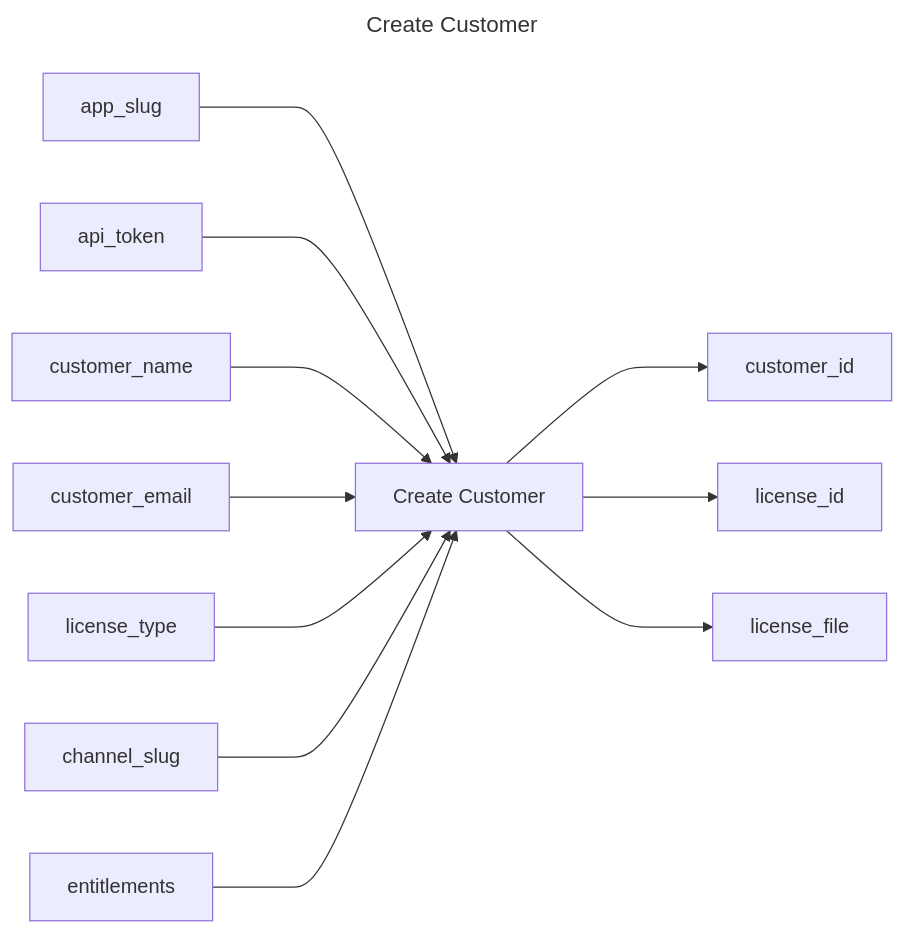
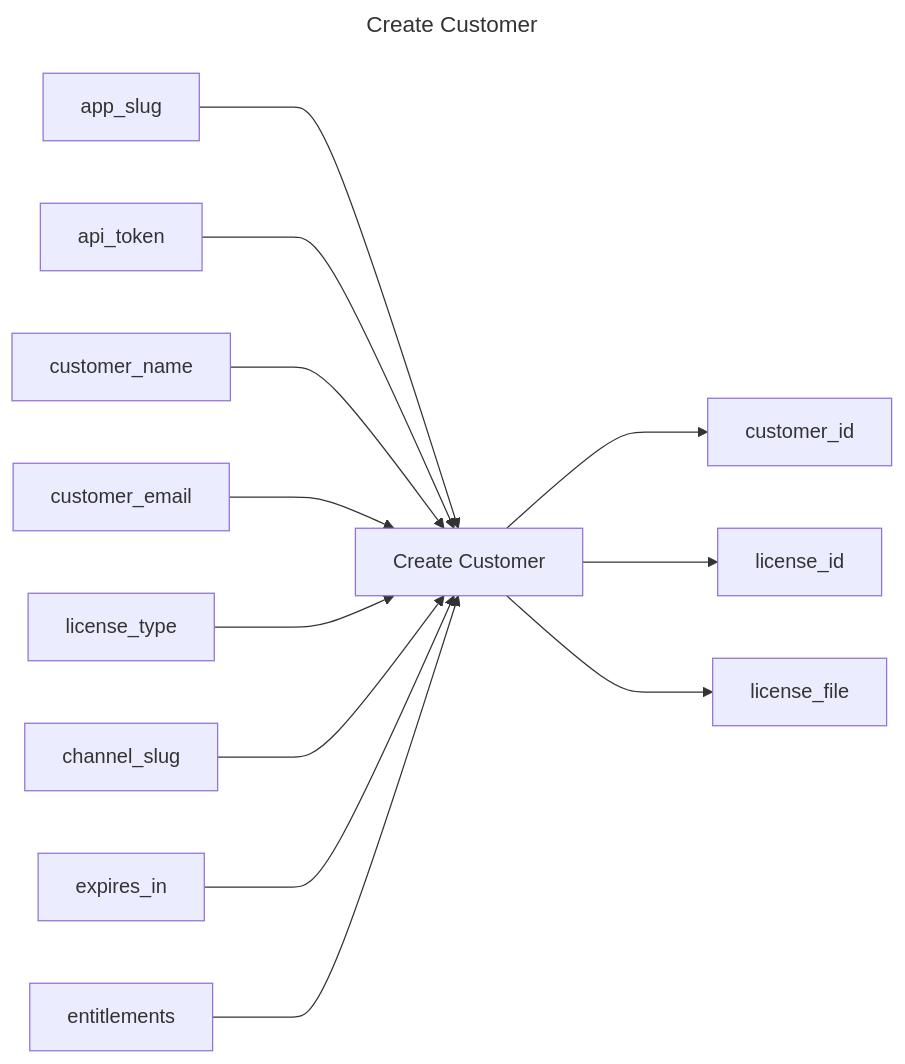
Before and after one commit to replicatedhq/replicated-actions: the diagram in create-customer/README.md, drawn with Mermaid. The commit also changed other lines of this file and 46 other files, not shown here.

Commit message:
Adding expires-in for create-customer

````diff
--- a/create-customer/README.md
+++ b/create-customer/README.md
@@ -3,17 +3,18 @@
 ```mermaid
 ---
 title: Create Customer
 ---
 graph LR
 create_customer["Create Customer"]
 app_slug ---> create_customer
 api_token ---> create_customer
 customer_name ---> create_customer
 customer_email ---> create_customer
 license_type ---> create_customer
 channel_slug ---> create_customer
+expires_in ---> create_customer
 entitlements ---> create_customer
 create_customer ---> customer_id
 create_customer ---> license_id
 create_customer ---> license_file
 ```
````
